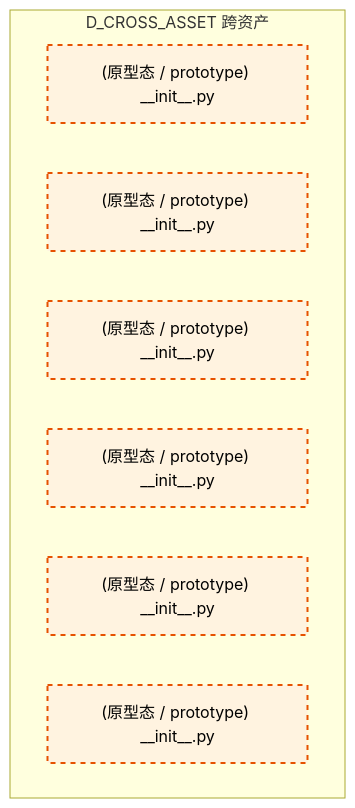
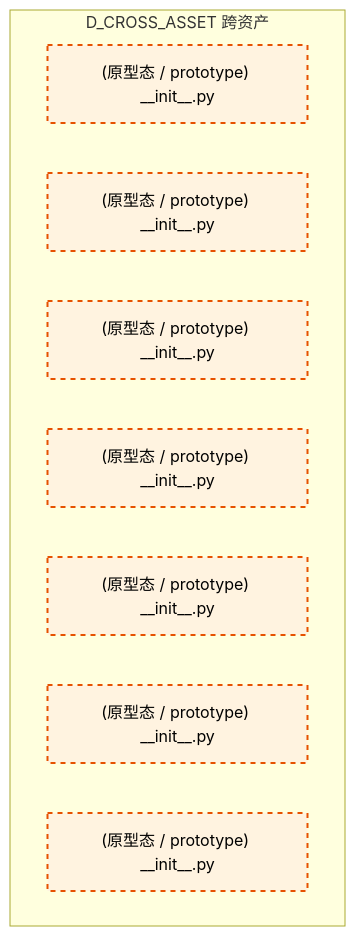
The third of 3 diagrams in docs/02_enterprise_architecture/02_domain_architecture_docs/31_d_cross_asset.md (xuanFelixVan/ZephyrAlpha), drawn with Mermaid before and after one commit. The commit also changed other lines of this file and 126 other files, not shown here.

````diff
--- a/docs/02_enterprise_architecture/02_domain_architecture_docs/31_d_cross_asset.md
+++ b/docs/02_enterprise_architecture/02_domain_architecture_docs/31_d_cross_asset.md
@@ -127,16 +116,17 @@
 ```mermaid
 graph TD
     subgraph D_CROSS_ASSET["D_CROSS_ASSET 跨资产"]
+        src_zephyr_cross_asset_init_py["(原型态 / prototype) __init__.py"]
         src_zephyr_cross_asset_extensions_init_py["(原型态 / prototype) __init__.py"]
         src_zephyr_cross_asset_api_init_py["(原型态 / prototype) __init__.py"]
         src_zephyr_cross_asset_core_init_py["(原型态 / prototype) __init__.py"]
         src_zephyr_cross_asset_infrastructure_init_py["(原型态 / prototype) __init__.py"]
         src_zephyr_cross_asset_models_init_py["(原型态 / prototype) __init__.py"]
         src_zephyr_cross_asset_services_init_py["(原型态 / prototype) __init__.py"]
     end
     classDef production fill:#e1f5fe,stroke:#01579b,stroke-width:2px,color:#000
     classDef design fill:#fff3e0,stroke:#e65100,stroke-width:2px,color:#000,stroke-dasharray: 5 5
     classDef external_prod fill:#e8f5e9,stroke:#1b5e20,stroke-width:1px,color:#000
     classDef external_design fill:#fce4ec,stroke:#880e4f,stroke-width:1px,color:#000,stroke-dasharray: 5 5
-    class src_zephyr_cross_asset_extensions_init_py,src_zephyr_cross_asset_api_init_py,src_zephyr_cross_asset_core_init_py,src_zephyr_cross_asset_infrastructure_init_py,src_zephyr_cross_asset_models_init_py,src_zephyr_cross_asset_services_init_py design
+    class src_zephyr_cross_asset_init_py,src_zephyr_cross_asset_extensions_init_py,src_zephyr_cross_asset_api_init_py,src_zephyr_cross_asset_core_init_py,src_zephyr_cross_asset_infrastructure_init_py,src_zephyr_cross_asset_models_init_py,src_zephyr_cross_asset_services_init_py design
 ```
````
